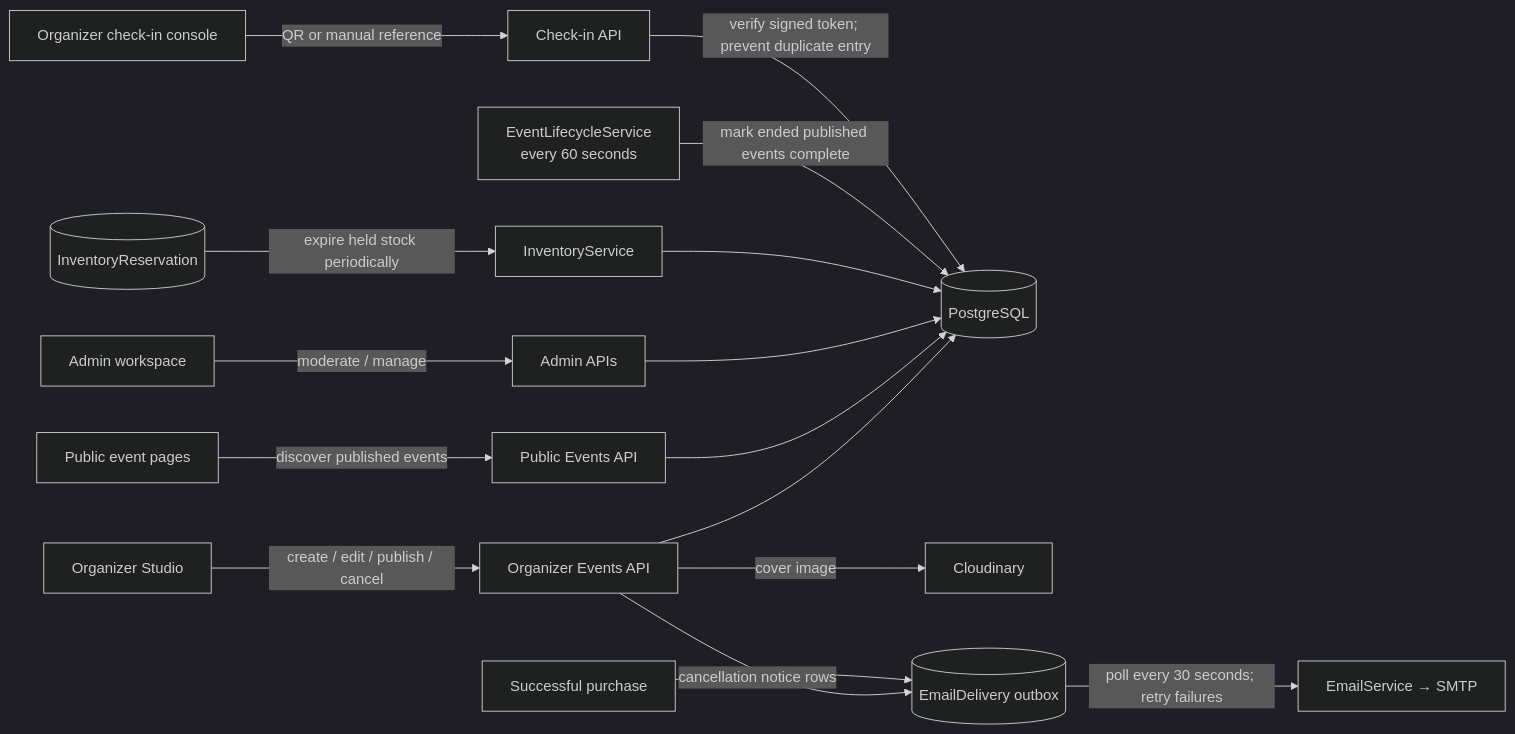
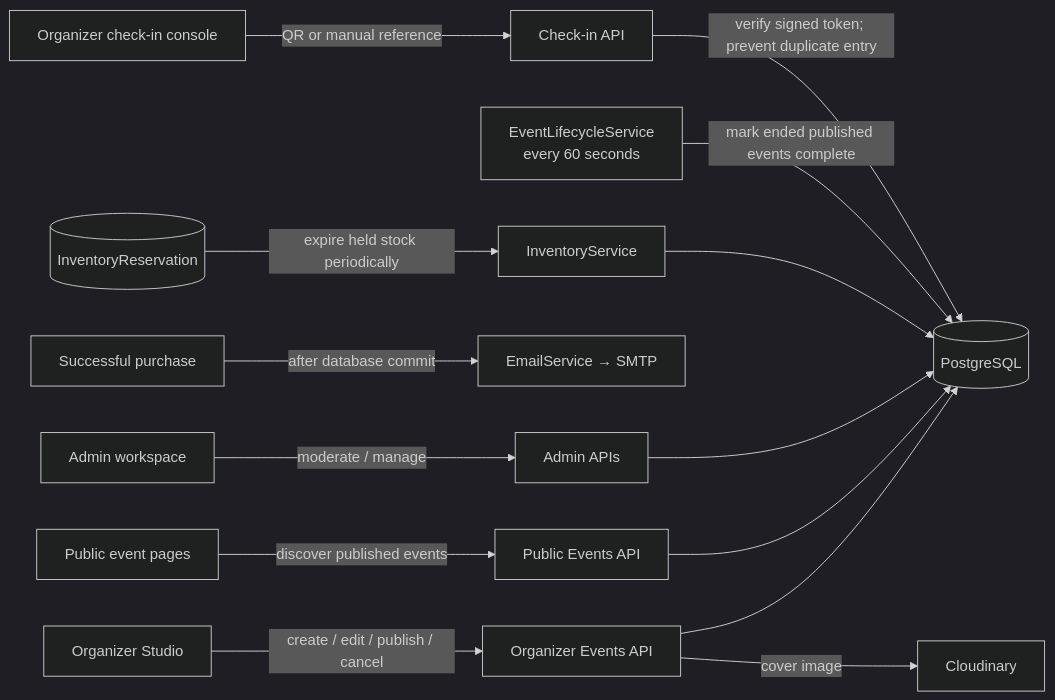
Before and after one commit to HasarangaSam/Eventora: the fifth of 6 diagrams in ARCHITECTURE.md, drawn with Mermaid (dark theme). The commit also changed other lines of this file and 26 other files, not shown here.

````diff
--- a/ARCHITECTURE.md
+++ b/ARCHITECTURE.md
@@ -159,18 +157,16 @@
 ```mermaid
 flowchart LR
     Organizer[Organizer Studio] -->|create / edit / publish / cancel| EventAPI[Organizer Events API]
     Attendee[Public event pages] -->|discover published events| PublicAPI[Public Events API]
     Admin[Admin workspace] -->|moderate / manage| AdminAPI[Admin APIs]
     EventAPI --> DB[(PostgreSQL)]
     PublicAPI --> DB
     AdminAPI --> DB
     EventAPI -->|cover image| CDN[Cloudinary]
-    EventAPI -->|cancellation notice rows| Outbox[(EmailDelivery outbox)]
-    Purchase[Successful purchase] --> Outbox
-    Outbox -->|poll every 30 seconds; retry failures| Mail[EmailService → SMTP]
+    Purchase[Successful purchase] -->|after database commit| Mail[EmailService → SMTP]
     Reservation[(InventoryReservation)] -->|expire held stock periodically| Inventory[InventoryService]
     Inventory --> DB
     Lifecycle[EventLifecycleService<br/>every 60 seconds] -->|mark ended published events complete| DB
     Door[Organizer check-in console] -->|QR or manual reference| CheckinAPI[Check-in API]
     CheckinAPI -->|verify signed token; prevent duplicate entry| DB
 ```
````
